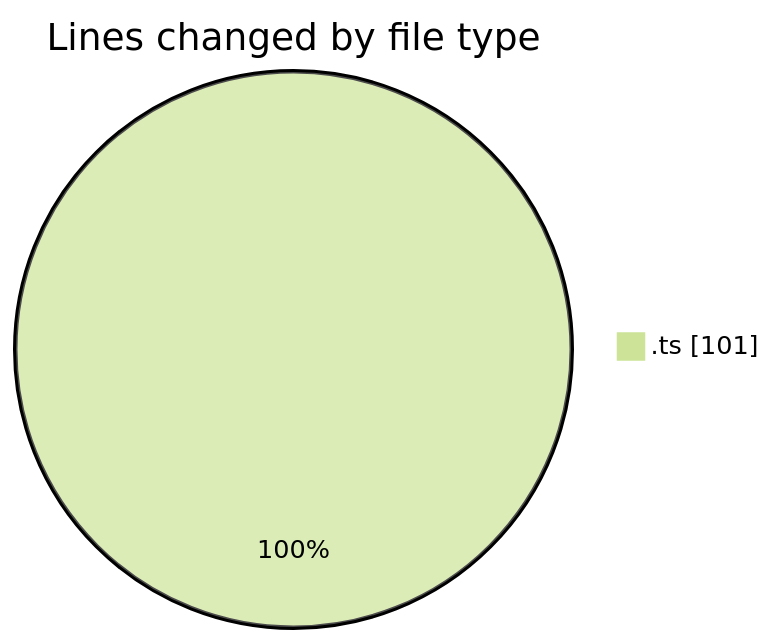
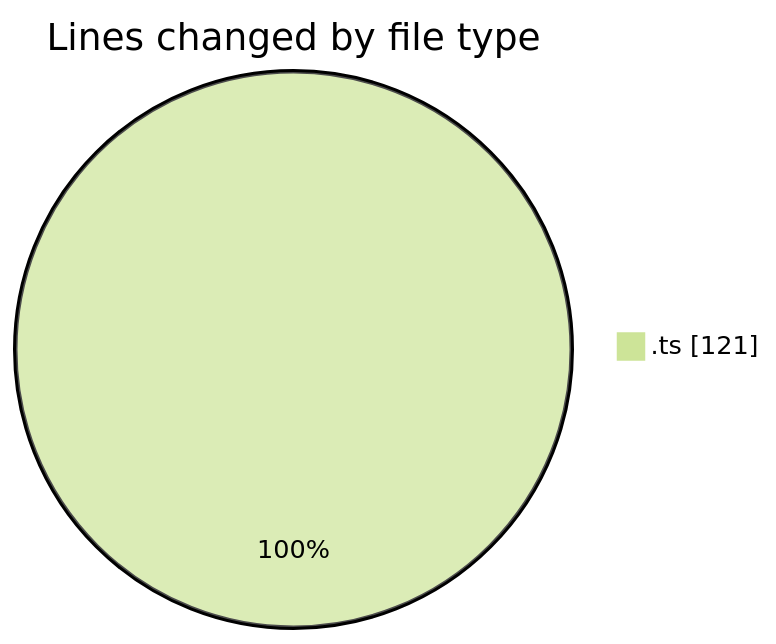
One commit to momahboobian/code-tracking changed the first of 2 diagrams in 2025-09-12/cda/README.md. Above: the diagram before and after it, drawn with Mermaid (forest theme). The commit also changed other lines of this file and 1 other file, not shown here.

````diff
--- a/2025-09-12/cda/README.md
+++ b/2025-09-12/cda/README.md
@@ -21,5 +21,5 @@
 ```mermaid
 pie showData
 title Lines changed by file type
-".ts" : 101
+".ts" : 121
 ```
````
